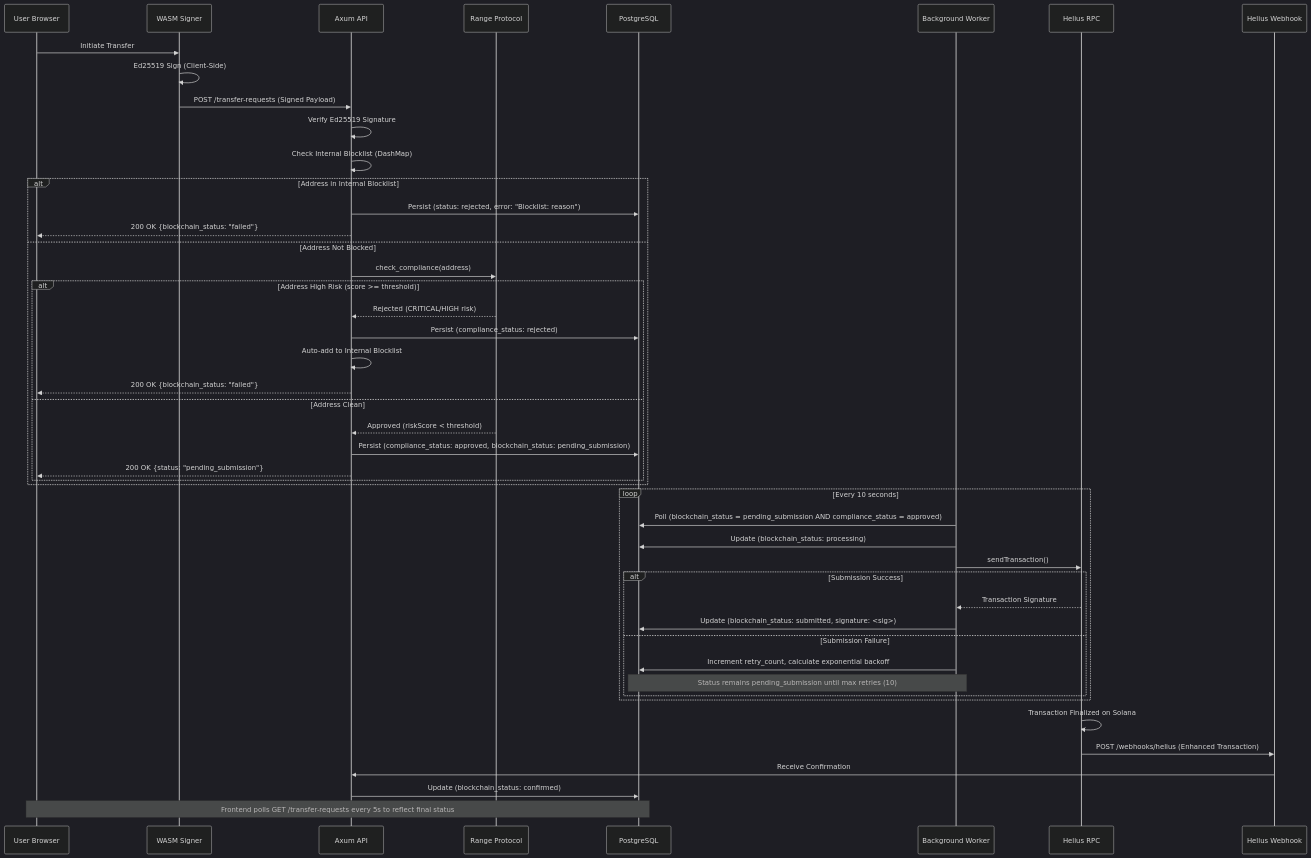
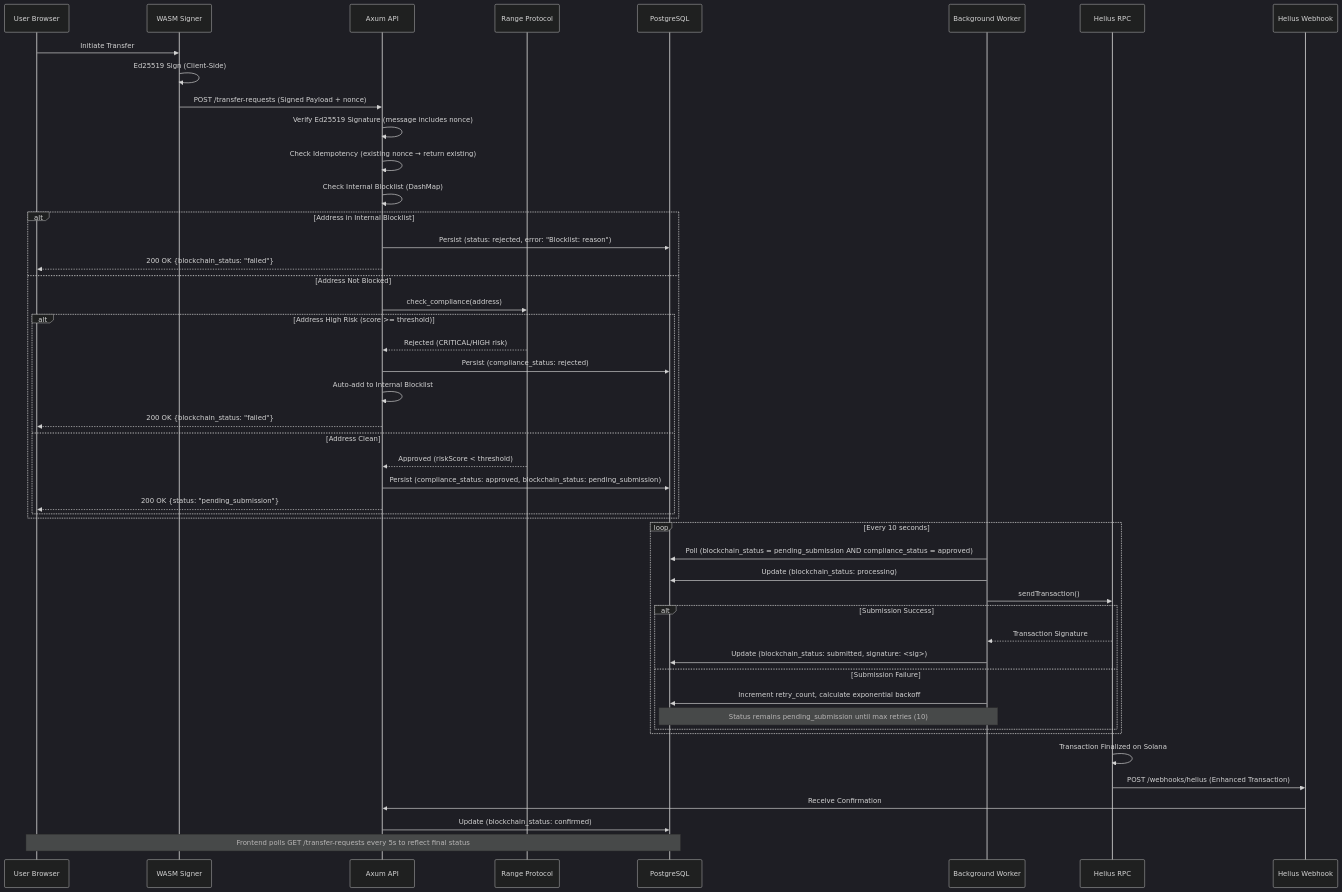
One commit to Berektassuly/solana-compliance-relayer changed the diagram in README.md. Above: the diagram before and after it, drawn with Mermaid (dark theme). The commit also changed other lines of this file, not shown here.

````diff
--- a/README.md
+++ b/README.md
@@ -143,56 +144,57 @@
 ```mermaid
 sequenceDiagram
     participant User as User Browser
     participant WASM as WASM Signer
     participant API as Axum API
     participant Range as Range Protocol
     participant DB as PostgreSQL
     participant Worker as Background Worker
     participant Helius as Helius RPC
     participant Webhook as Helius Webhook
 
     User->>WASM: Initiate Transfer
     WASM->>WASM: Ed25519 Sign (Client-Side)
-    WASM->>API: POST /transfer-requests (Signed Payload)
+    WASM->>API: POST /transfer-requests (Signed Payload + nonce)
     
-    API->>API: Verify Ed25519 Signature
+    API->>API: Verify Ed25519 Signature (message includes nonce)
+    API->>API: Check Idempotency (existing nonce → return existing)
     API->>API: Check Internal Blocklist (DashMap)
     
     alt Address in Internal Blocklist
         API->>DB: Persist (status: rejected, error: "Blocklist: reason")
         API-->>User: 200 OK {blockchain_status: "failed"}
     else Address Not Blocked
         API->>Range: check_compliance(address)
         alt Address High Risk (score >= threshold)
             Range-->>API: Rejected (CRITICAL/HIGH risk)
             API->>DB: Persist (compliance_status: rejected)
             API->>API: Auto-add to Internal Blocklist
             API-->>User: 200 OK {blockchain_status: "failed"}
         else Address Clean
             Range-->>API: Approved (riskScore < threshold)
             API->>DB: Persist (compliance_status: approved, blockchain_status: pending_submission)
             API-->>User: 200 OK {status: "pending_submission"}
         end
     end
 
     loop Every 10 seconds
         Worker->>DB: Poll (blockchain_status = pending_submission AND compliance_status = approved)
         Worker->>DB: Update (blockchain_status: processing)
         Worker->>Helius: sendTransaction()
         
         alt Submission Success
             Helius-->>Worker: Transaction Signature
             Worker->>DB: Update (blockchain_status: submitted, signature: <sig>)
         else Submission Failure
             Worker->>DB: Increment retry_count, calculate exponential backoff
             Note over Worker,DB: Status remains pending_submission until max retries (10)
         end
     end
 
     Helius->>Helius: Transaction Finalized on Solana
     Helius->>Webhook: POST /webhooks/helius (Enhanced Transaction)
     Webhook->>API: Receive Confirmation
     API->>DB: Update (blockchain_status: confirmed)
     
     Note over User,DB: Frontend polls GET /transfer-requests every 5s to reflect final status
 ```
````
